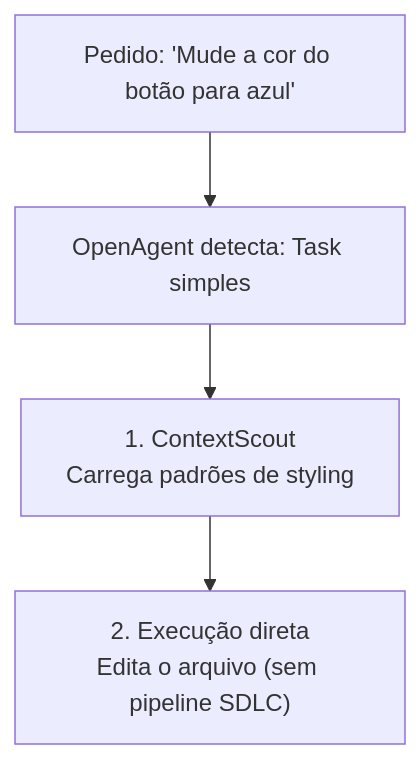
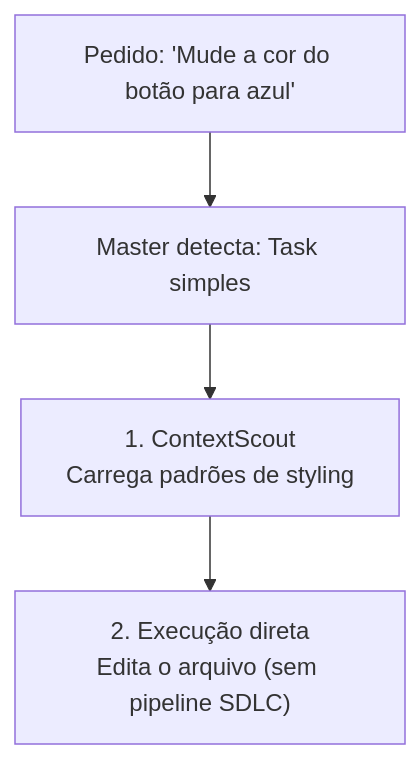
The seventh of 9 diagrams in USAGE_GUIDE.md (dgofreitas/opencode-workflow), drawn with Mermaid before and after one commit. The commit also changed other lines of this file and 28 other files, not shown here.

````diff
--- a/USAGE_GUIDE.md
+++ b/USAGE_GUIDE.md
@@ -296,6 +272,6 @@
 ```mermaid
 graph TD
-    Start["Pedido: 'Mude a cor do botão para azul'"] --> Detect["OpenAgent detecta: Task simples"]
+    Start["Pedido: 'Mude a cor do botão para azul'"] --> Detect["Master detecta: Task simples"]
     Detect --> CS["1. ContextScout<br/>Carrega padrões de styling"]
     CS --> Exec["2. Execução direta<br/>Edita o arquivo (sem pipeline SDLC)"]
 ```
````
